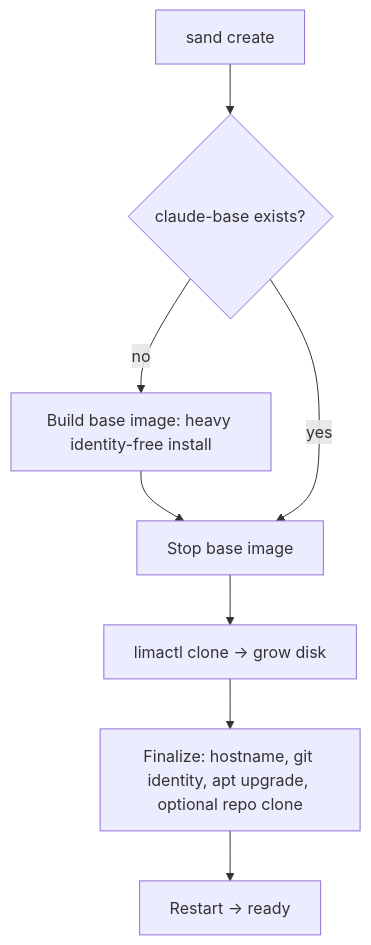
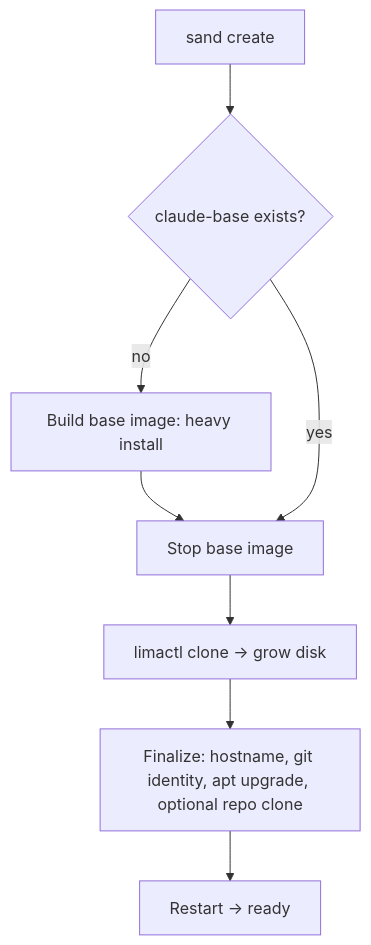
The diagram in docs/getting-started/how-it-works.md (Lullabot/sandbar), drawn with Mermaid before and after one commit. The commit also changed other lines of this file and 4 other files, not shown here.

First line of the commit message:
docs: drop the "identity-free" framing and 20 GiB floor detail

````diff
--- a/docs/getting-started/how-it-works.md
+++ b/docs/getting-started/how-it-works.md
@@ -6,10 +6,10 @@
 ```mermaid
 graph TD
     A[sand create] --> B{claude-base exists?}
-    B -- no --> C[Build base image: heavy identity-free install]
+    B -- no --> C[Build base image: heavy install]
     C --> D[Stop base image]
     B -- yes --> D
     D --> E[limactl clone → grow disk]
     E --> F[Finalize: hostname, git identity, apt upgrade, optional repo clone]
     F --> G[Restart → ready]
 ```
````
